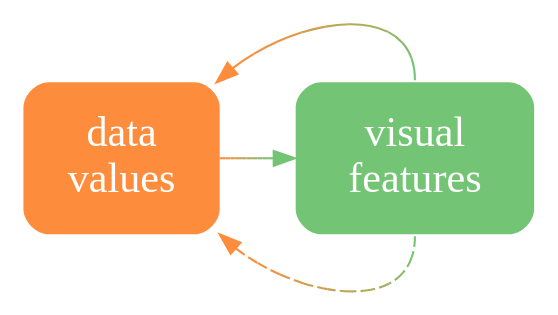
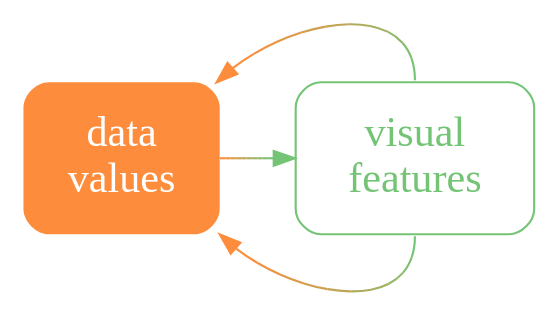
Before and after one commit to pmur002/hdvw: the diagram in Diagrams/congruent-decode.dot, drawn with Graphviz. The commit also changed 77 other files, not shown here.

Commit message:
change diagrams to have visual nodes "open" AND make decode arrows solid

```diff
--- a/Diagrams/congruent-decode.dot
+++ b/Diagrams/congruent-decode.dot
@@ -1,10 +1,10 @@
 digraph {
   graph [ rankdir=LR; margin=.2; nodesep=.5 ];
   node [ fontsize=20; fontname="sans bold"; margin=.2 ];
   data [ label="data\nvalues"; shape=box; style="filled, rounded"; penwidth=0; fontcolor=white; fillcolor="#FD8D3C" ]
   vis [ label="visual\nfeatures"; shape=box;
-     style="filled, rounded"; penwidth=0; fontcolor=white; fillcolor="#74C476" ]
-  data -> vis [ color="#FD8D3C;0.1:#EE9342;0.1:#DF9949;0.1:#CF9F4F;0.1:#C0A556;0.1:#B1AC5C;0.1:#A2B263;0.1:#92B869;0.1:#83BE70;0.1:#74C476;0.1" ]
-  vis:s -> data:se [ style="dashed", color="#74C476;0.1:#83BE70;0.1:#92B869;0.1:#A2B263;0.1:#B1AC5C;0.1:#C0A556;0.1:#CF9F4F;0.1:#DF9949;0.1:#EE9342;0.1:#FD8D3C;0.1" ]
+     style="rounded"; color="#74C476"; fontcolor="#74C476" ]
+  data -> vis [ style="bold"; penwidth=1; color="#FD8D3C;0.1:#EE9342;0.1:#DF9949;0.1:#CF9F4F;0.1:#C0A556;0.1:#B1AC5C;0.1:#A2B263;0.1:#92B869;0.1:#83BE70;0.1:#74C476;0.1" ]
+  vis:s -> data:se [ style="solid", color="#74C476;0.1:#83BE70;0.1:#92B869;0.1:#A2B263;0.1:#B1AC5C;0.1:#C0A556;0.1:#CF9F4F;0.1:#DF9949;0.1:#EE9342;0.1:#FD8D3C;0.1" ]
   vis:n -> data:ne [ style="solid", color="#74C476;0.1:#83BE70;0.1:#92B869;0.1:#A2B263;0.1:#B1AC5C;0.1:#C0A556;0.1:#CF9F4F;0.1:#DF9949;0.1:#EE9342;0.1:#FD8D3C;0.1" ]
 }
```
